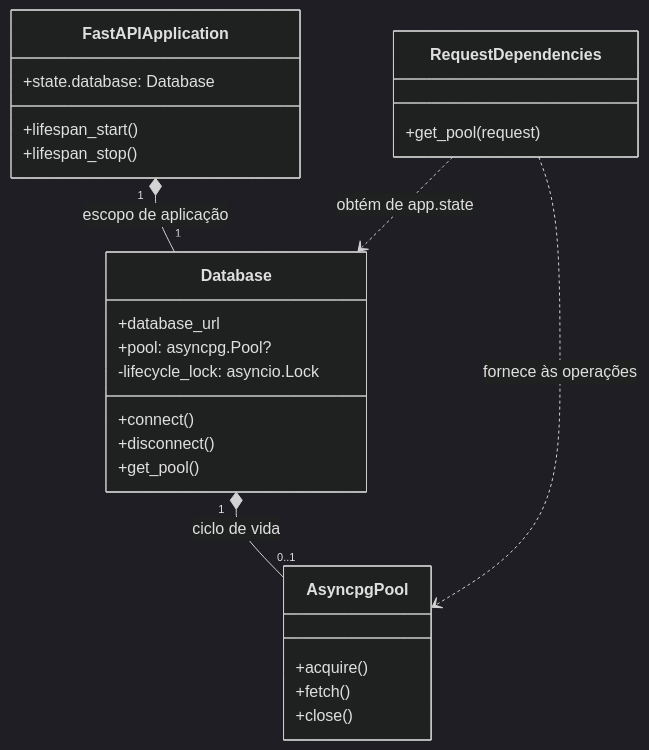
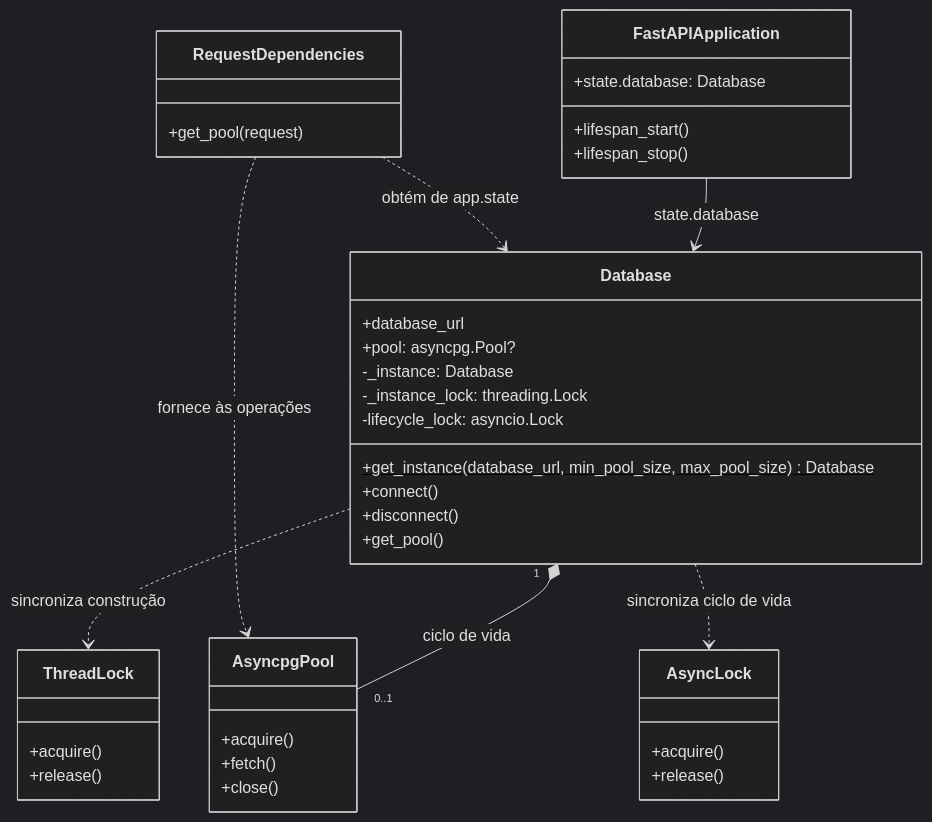
The first of 8 diagrams in docs/DESIGN_PATTERNS.md (felipedegodoy16/predictAI-thermography), drawn with Mermaid (dark theme) before and after one commit. The commit also changed other lines of this file and 4 other files, not shown here.

Commit message:
docs: add project class and database diagrams

````diff
--- a/docs/DESIGN_PATTERNS.md
+++ b/docs/DESIGN_PATTERNS.md
@@ -65,28 +61,41 @@
 ```mermaid
 classDiagram
     class FastAPIApplication {
         +state.database: Database
         +lifespan_start()
         +lifespan_stop()
     }
     class Database {
         +database_url
         +pool: asyncpg.Pool?
+        -_instance: Database
+        -_instance_lock: threading.Lock
         -lifecycle_lock: asyncio.Lock
+        +get_instance(database_url, min_pool_size, max_pool_size)$ Database
         +connect()
         +disconnect()
         +get_pool()
     }
     class AsyncpgPool {
         +acquire()
         +fetch()
         +close()
     }
+    class ThreadLock {
+        +acquire()
+        +release()
+    }
+    class AsyncLock {
+        +acquire()
+        +release()
+    }
     class RequestDependencies {
         +get_pool(request)
     }
-    FastAPIApplication "1" *-- "1" Database : escopo de aplicação
+    FastAPIApplication --> Database : state.database
     Database "1" *-- "0..1" AsyncpgPool : ciclo de vida
+    Database ..> ThreadLock : sincroniza construção
+    Database ..> AsyncLock : sincroniza ciclo de vida
     RequestDependencies ..> Database : obtém de app.state
     RequestDependencies ..> AsyncpgPool : fornece às operações
 ```
````
